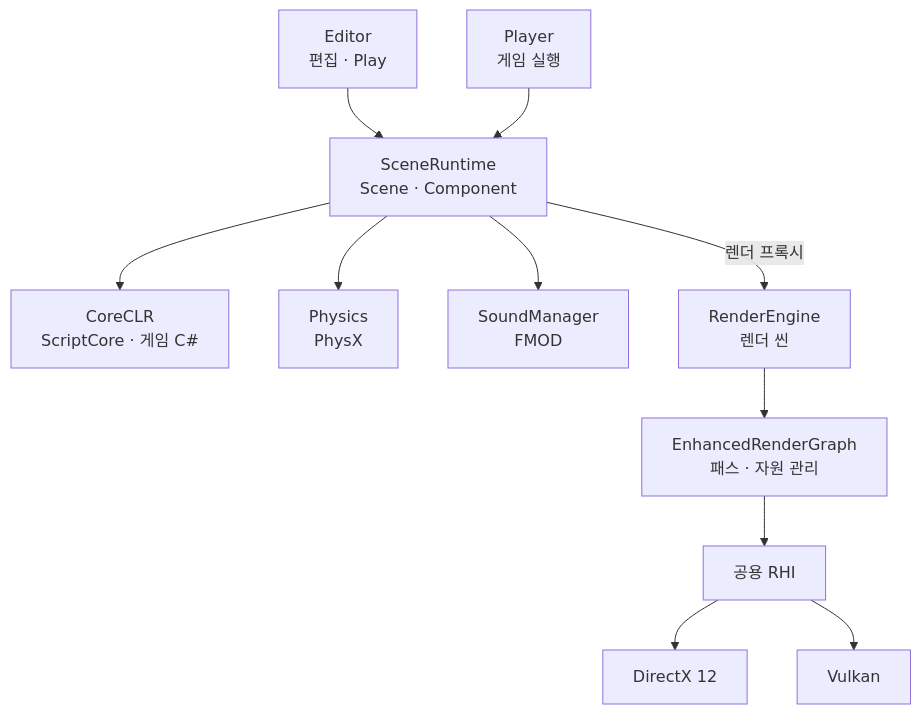
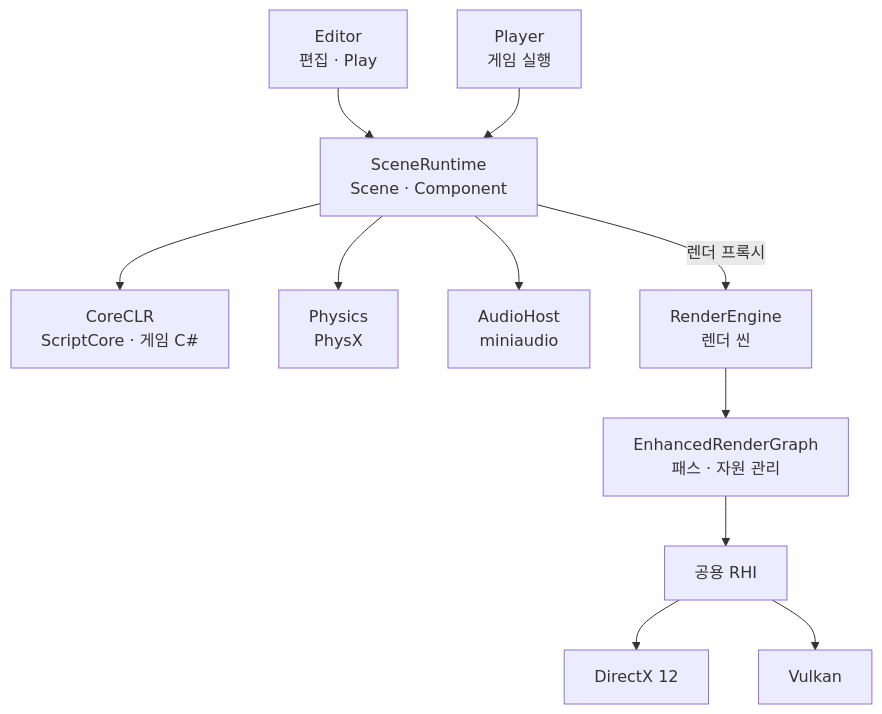
The first of 2 diagrams in README.md (29thnight/CreatorEngine), drawn with Mermaid before and after one commit. The commit also changed other lines of this file and 149 other files, not shown here.

First line of the commit message:
feat(audio): complete Phase 22 implementation and retire FMOD

````diff
--- a/README.md
+++ b/README.md
@@ -38,13 +38,13 @@
 ```mermaid
 flowchart TB
     Editor["Editor<br/>편집 · Play"] --> Runtime["SceneRuntime<br/>Scene · Component"]
     Player["Player<br/>게임 실행"] --> Runtime
     Runtime --> Scripts["CoreCLR<br/>ScriptCore · 게임 C#"]
     Runtime --> Physics["Physics<br/>PhysX"]
-    Runtime --> Audio["SoundManager<br/>FMOD"]
+    Runtime --> Audio["AudioHost<br/>miniaudio"]
     Runtime -->|렌더 프록시| Renderer["RenderEngine<br/>렌더 씬"]
     Renderer --> Graph["EnhancedRenderGraph<br/>패스 · 자원 관리"]
     Graph --> RHI["공용 RHI"]
     RHI --> DX12["DirectX 12"]
     RHI --> Vulkan["Vulkan"]
 ```
````
